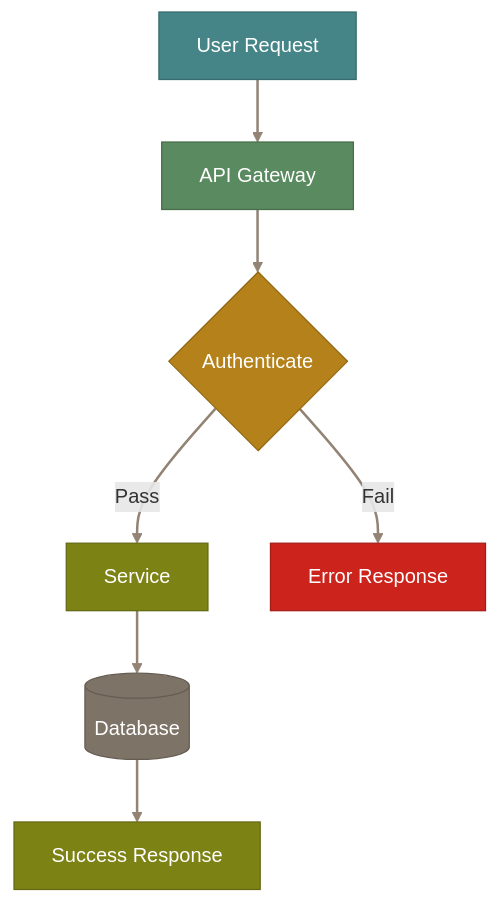
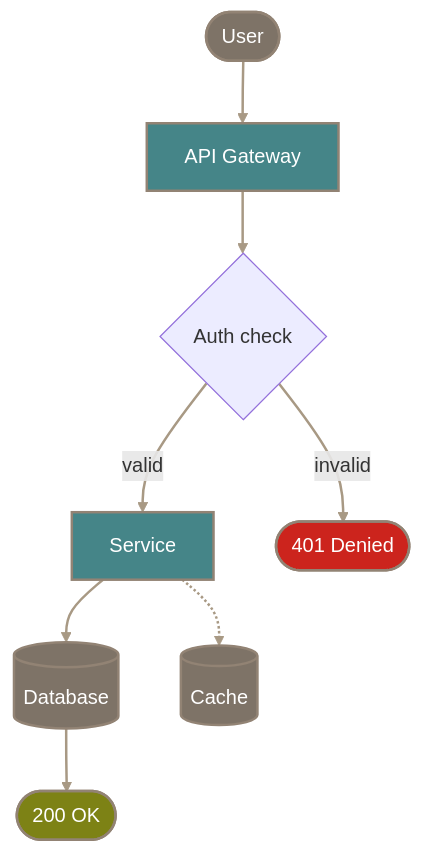
One commit to mdsakalu/agent-plugins changed the fourth of 24 diagrams in creating-mermaid-diagrams/skills/creating-mermaid-diagrams/references/themes.md. Above: the diagram before and after it, drawn with Mermaid. The commit also changed other lines of this file and 4 other files, not shown here.

First line of the commit message:
refactor(creating-mermaid-diagrams): design-driven styling overhaul

````diff
--- a/creating-mermaid-diagrams/skills/creating-mermaid-diagrams/references/themes.md
+++ b/creating-mermaid-diagrams/skills/creating-mermaid-diagrams/references/themes.md
@@ -184,26 +189,18 @@
 ```mermaid
 flowchart TD
-    user["User Request"] --> api["API Gateway"]
-    api --> auth{"Authenticate"}
-    auth -->|Pass| service["Service"]
-    auth -->|Fail| error["Error Response"]
-    service --> db[("Database")]
-    db --> response["Success Response"]
+    user(["User"]) ==> api["API Gateway"] ==> auth{"Auth check"}
+    auth == valid ==> svc["Service"] ==> db[("Database")] ==> res(["200 OK"])
+    auth -- invalid --> err(["401 Denied"])
+    svc -.-> cache[("Cache")]
 
-    classDef primary fill:#458588,stroke:#376b6d,color:#ffffff
-    classDef secondary fill:#7e7367,stroke:#655c52,color:#ffffff
-    classDef success fill:#7d8215,stroke:#646811,color:#ffffff
-    classDef warning fill:#b5811a,stroke:#916715,color:#ffffff
-    classDef danger fill:#cc241d,stroke:#a31d17,color:#ffffff
-    classDef info fill:#5a8a5f,stroke:#486e4c,color:#ffffff
+    classDef primary fill:#458588,stroke:#928374,stroke-width:2px,color:#ffffff
+    classDef muted fill:#7e7367,stroke:#928374,stroke-width:2px,color:#ffffff
+    classDef success fill:#7d8215,stroke:#928374,stroke-width:2px,color:#ffffff
+    classDef danger fill:#cc241d,stroke:#928374,stroke-width:2px,color:#ffffff
+    linkStyle default stroke:#a89984,stroke-width:2px
 
-    linkStyle default stroke:#928374,stroke-width:2px
-
-    class user primary
-    class api info
-    class auth warning
-    class service success
-    class error danger
-    class db secondary
-    class response success
+    class api,svc primary
+    class user,db,cache muted
+    class res success
+    class err danger
 ```
````
